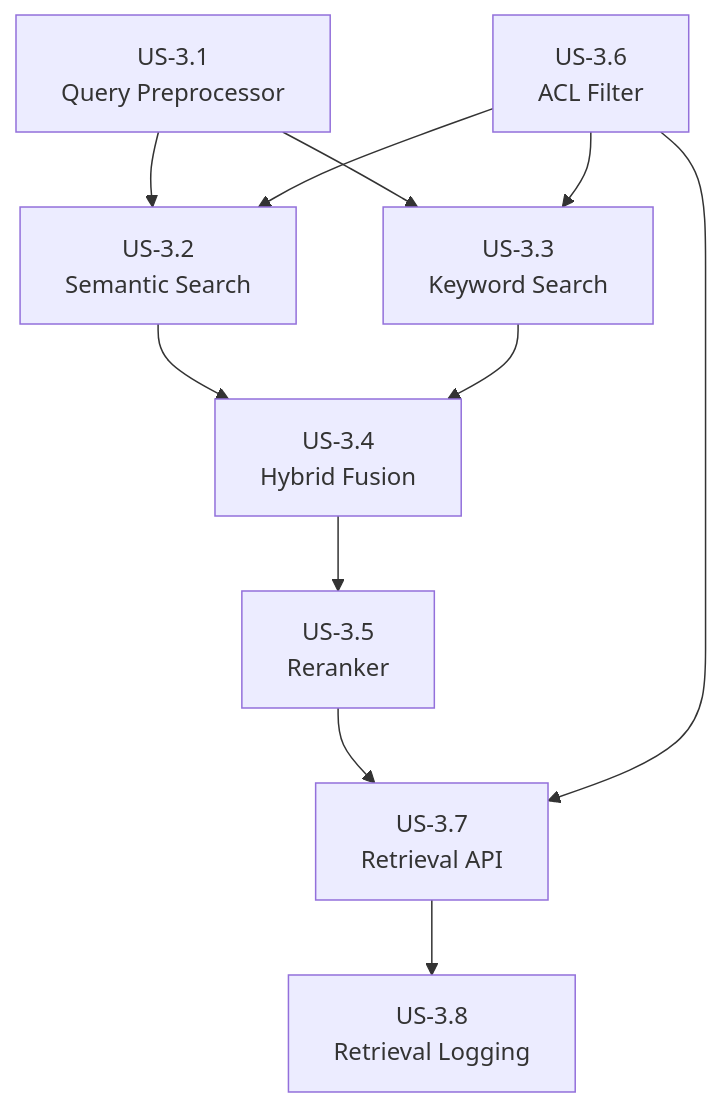
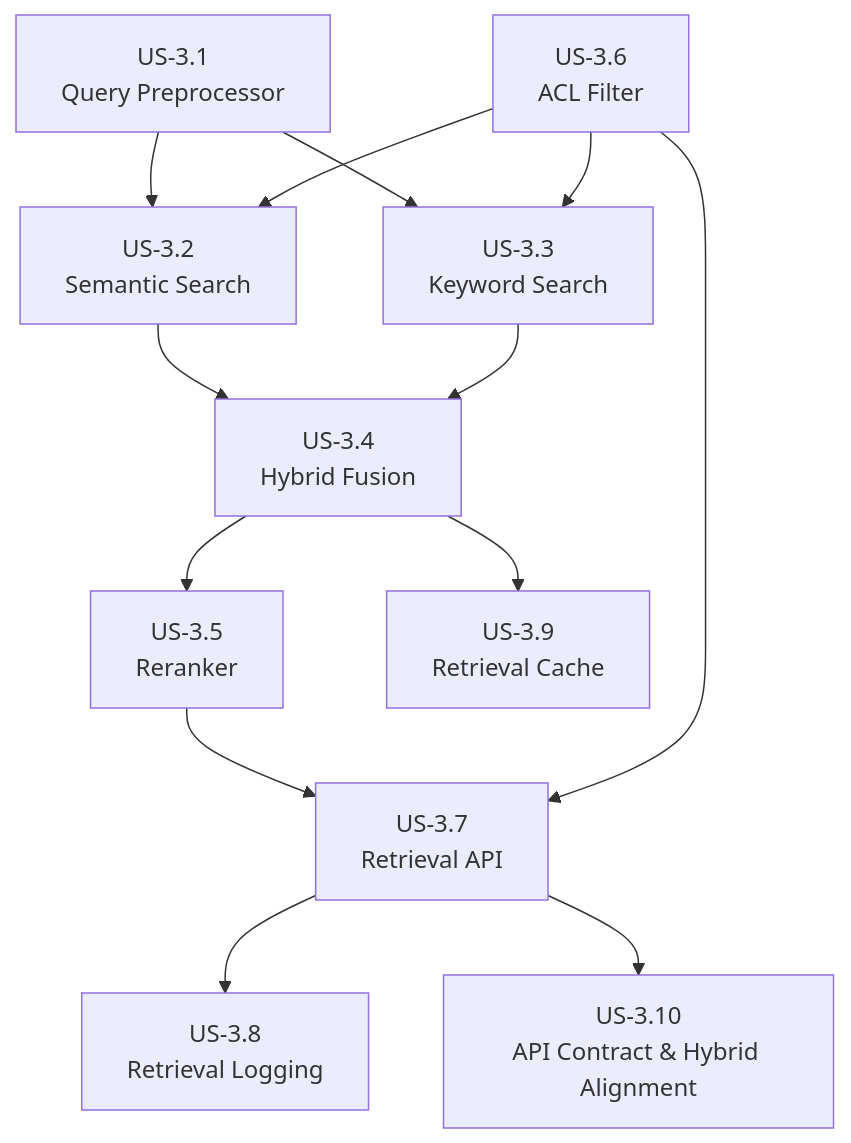
The first of 2 diagrams in workflow/refined/03-retrieval-service/README.md (RogierKonings/ultimate-rag-pipeline), drawn with Mermaid before and after one commit. The commit also changed other lines of this file and 21 other files, not shown here.

````diff
--- a/workflow/refined/03-retrieval-service/README.md
+++ b/workflow/refined/03-retrieval-service/README.md
@@ -51,13 +53,15 @@
 ```mermaid
 flowchart TD
     US31[US-3.1<br/>Query Preprocessor] --> US32[US-3.2<br/>Semantic Search]
     US31 --> US33[US-3.3<br/>Keyword Search]
     US32 --> US34[US-3.4<br/>Hybrid Fusion]
     US33 --> US34
     US34 --> US35[US-3.5<br/>Reranker]
     US36[US-3.6<br/>ACL Filter] --> US32
     US36 --> US33
     US35 --> US37[US-3.7<br/>Retrieval API]
     US36 --> US37
     US37 --> US38[US-3.8<br/>Retrieval Logging]
+    US34 --> US39[US-3.9<br/>Retrieval Cache]
+    US37 --> US310[US-3.10<br/>API Contract & Hybrid Alignment]
 ```
````
